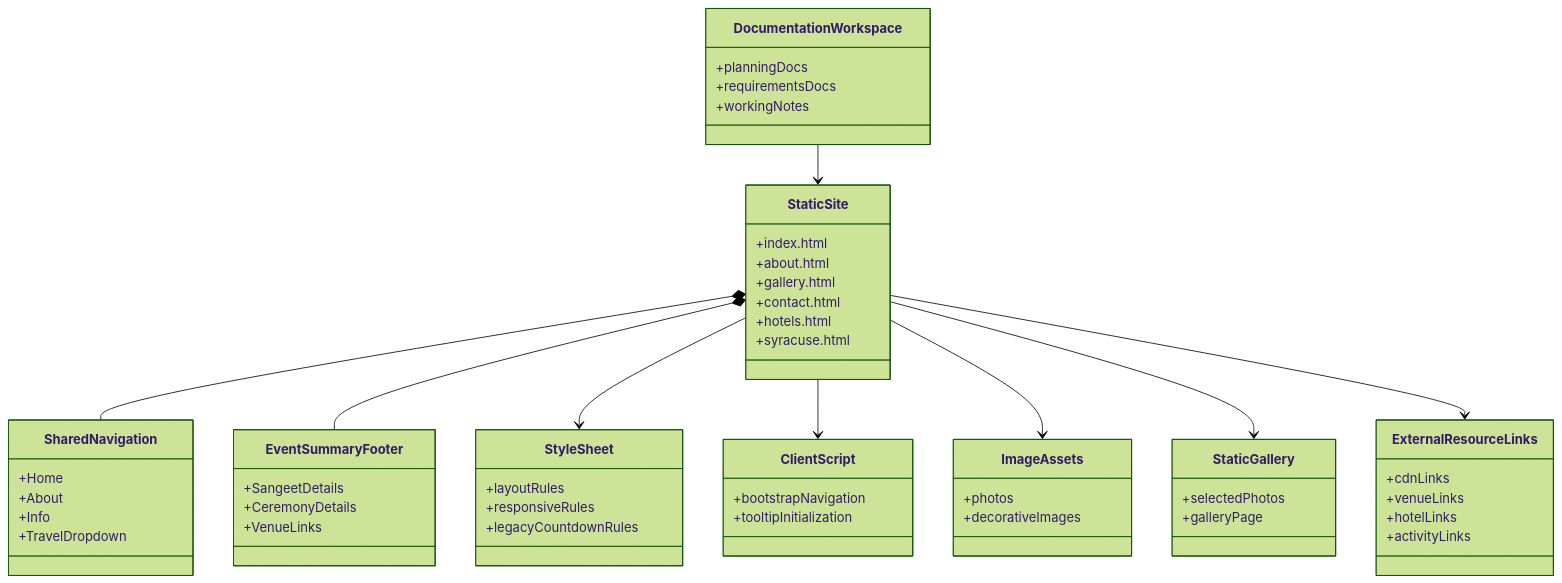
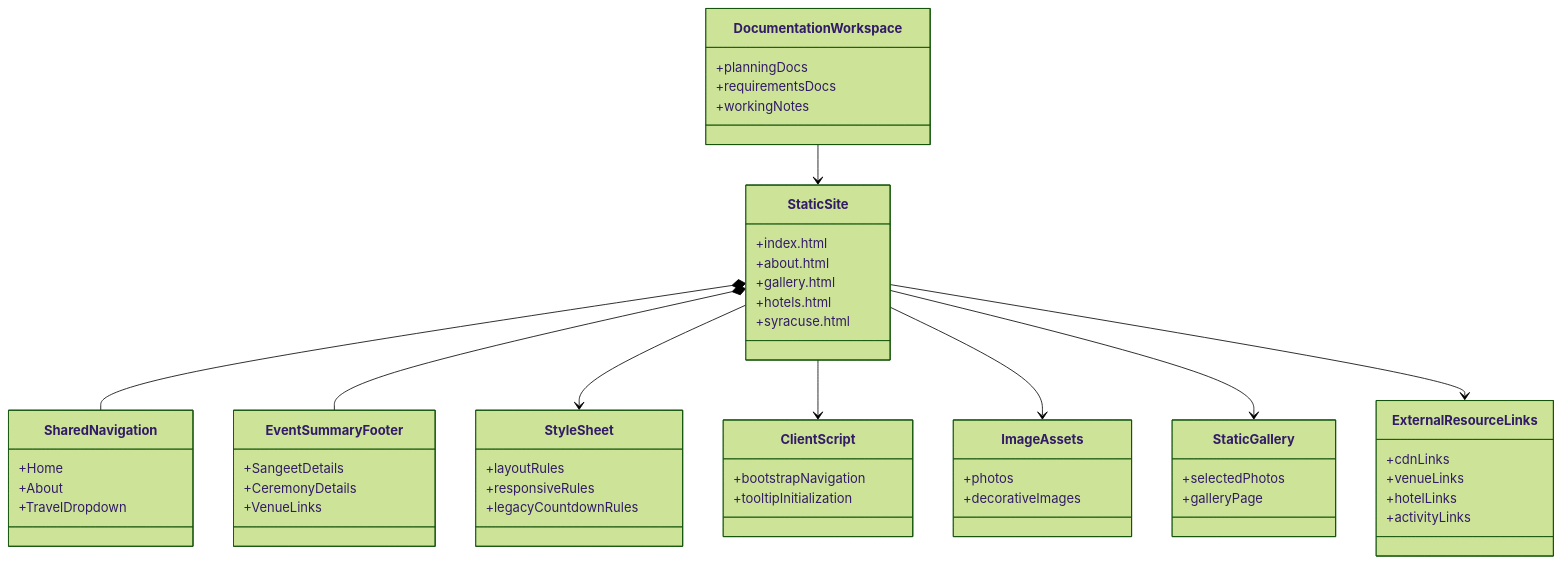
The fourth of 4 diagrams in documentation/requirements/current-state-design.md (skeller01/wedding-website), drawn with Mermaid (forest theme) before and after one commit. The commit also changed other lines of this file and 12 other files, not shown here.

````diff
--- a/documentation/requirements/current-state-design.md
+++ b/documentation/requirements/current-state-design.md
@@ -534,59 +534,57 @@
 ```mermaid
 classDiagram
   class StaticSite {
     +index.html
     +about.html
     +gallery.html
-    +contact.html
     +hotels.html
     +syracuse.html
   }
   class SharedNavigation {
     +Home
     +About
-    +Info
     +TravelDropdown
   }
   class EventSummaryFooter {
     +SangeetDetails
     +CeremonyDetails
     +VenueLinks
   }
   class StyleSheet {
     +layoutRules
     +responsiveRules
     +legacyCountdownRules
   }
   class ClientScript {
     +bootstrapNavigation
     +tooltipInitialization
   }
   class ImageAssets {
     +photos
     +decorativeImages
   }
   class StaticGallery {
     +selectedPhotos
     +galleryPage
   }
   class ExternalResourceLinks {
     +cdnLinks
     +venueLinks
     +hotelLinks
     +activityLinks
   }
   class DocumentationWorkspace {
     +planningDocs
     +requirementsDocs
     +workingNotes
   }
 
   StaticSite *-- SharedNavigation
   StaticSite *-- EventSummaryFooter
   StaticSite --> StyleSheet
   StaticSite --> ClientScript
   StaticSite --> ImageAssets
   StaticSite --> StaticGallery
   StaticSite --> ExternalResourceLinks
   DocumentationWorkspace --> StaticSite
 ```
````
